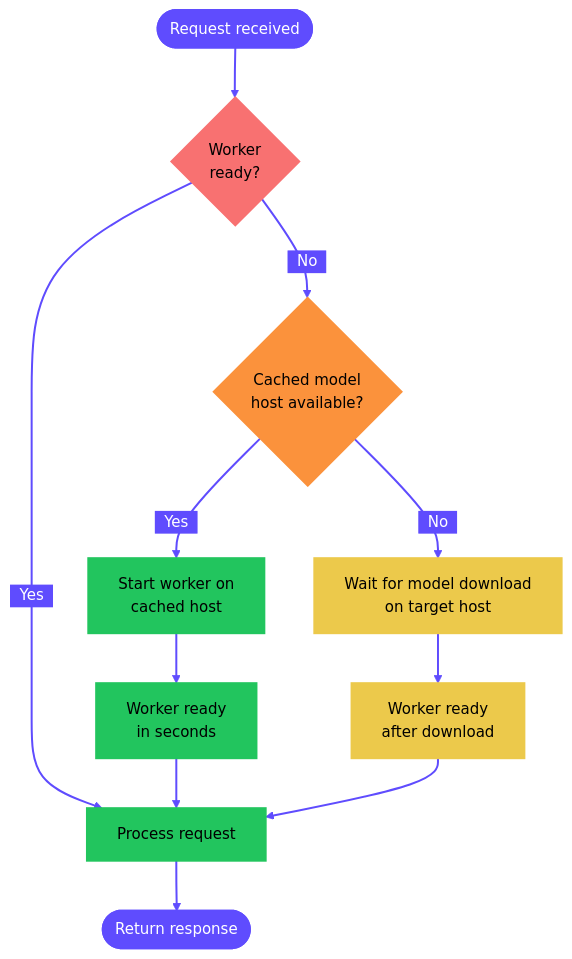
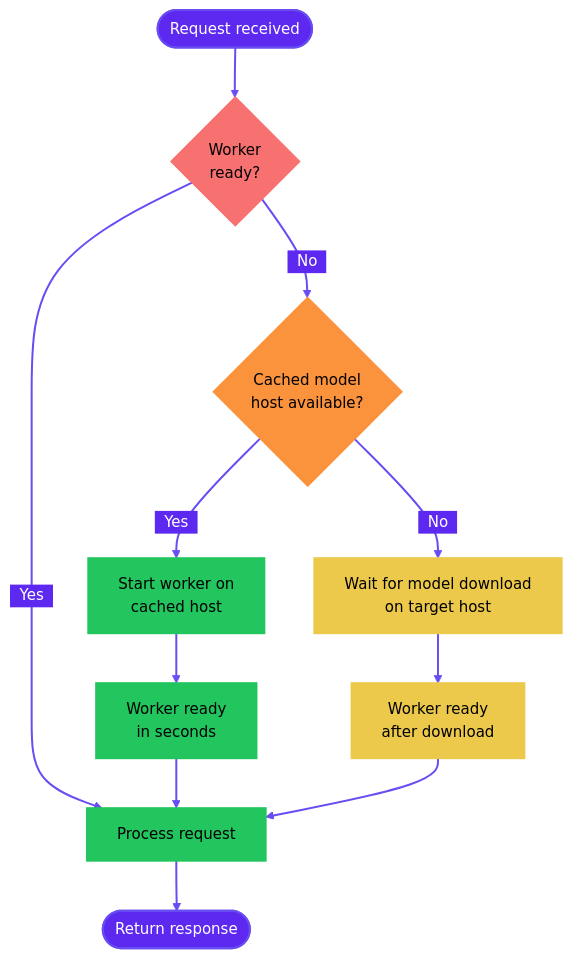
The diagram in serverless/endpoints/model-caching.mdx (runpod/docs), drawn with Mermaid before and after one commit. The commit also changed 9 other files, not shown here.

First line of the commit message:
fix: use canon purples in Mermaid diagrams

````diff
--- a/serverless/endpoints/model-caching.mdx
+++ b/serverless/endpoints/model-caching.mdx
@@ -44,36 +44,36 @@
 ```mermaid
-%%{init: {'theme':'base', 'themeVariables': { 'primaryColor':'#9289FE','primaryTextColor':'#fff','primaryBorderColor':'#9289FE','lineColor':'#5F4CFE','secondaryColor':'#AE6DFF','tertiaryColor':'#FCB1FF','edgeLabelBackground':'#5F4CFE', 'fontSize':'15px','fontFamily':'font-inter'}}}%%
+%%{init: {'theme':'base', 'themeVariables': { 'primaryColor':'#9289FE','primaryTextColor':'#fff','primaryBorderColor':'#9289FE','lineColor':'#684DF3','secondaryColor':'#AE6DFF','tertiaryColor':'#FCB1FF','edgeLabelBackground':'#5D29F0', 'fontSize':'15px','fontFamily':'font-inter'}}}%%
 
 flowchart TD
     Start([Request received]) --> CheckWorkers{Worker<br/>ready?}
     
     CheckWorkers -->|"&nbsp;&nbsp;Yes&nbsp;&nbsp;"| Process[Process request]
     
     CheckWorkers -->|"&nbsp;&nbsp;No&nbsp;&nbsp;"| CheckCache{Cached model<br/>host available?}
     
     CheckCache -->|"&nbsp;&nbsp;Yes&nbsp;&nbsp;"| FastStart[Start worker on<br/>cached host]
     FastStart --> Ready1[Worker ready<br/>in seconds]
     Ready1 --> Process
     
     CheckCache -->|"&nbsp;&nbsp;No&nbsp;&nbsp;"| WaitForCache[Wait for model download<br/>on target host]
     WaitForCache --> Ready2[Worker ready<br/>after download]
     Ready2 --> Process
     
     Process --> Response([Return response])
 
-    style Start fill:#5F4CFE,stroke:#5F4CFE,color:#FFFFFF,stroke-width:2px
-    style Response fill:#5F4CFE,stroke:#5F4CFE,color:#FFFFFF,stroke-width:2px
+    style Start fill:#5D29F0,stroke:#684DF3,color:#FFFFFF,stroke-width:2px
+    style Response fill:#5D29F0,stroke:#684DF3,color:#FFFFFF,stroke-width:2px
     
     style CheckWorkers fill:#f87171,stroke:#f87171,color:#000000,stroke-width:2px
     style CheckCache fill:#fb923c,stroke:#fb923c,color:#000000,stroke-width:2px
     
     style Process fill:#22C55E,stroke:#22C55E,color:#000000,stroke-width:2px
     
     style FastStart fill:#22C55E,stroke:#22C55E,color:#000000,stroke-width:2px
     style Ready1 fill:#22C55E,stroke:#22C55E,color:#000000,stroke-width:2px
     
     style WaitForCache fill:#ecc94b,stroke:#ecc94b,color:#000000,stroke-width:2px
     style Ready2 fill:#ecc94b,stroke:#ecc94b,color:#000000,stroke-width:2px
 
-    linkStyle default stroke-width:2px,stroke:#5F4CFE
+    linkStyle default stroke-width:2px,stroke:#684DF3
 ```
````
